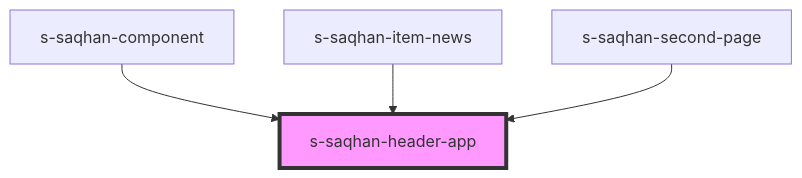
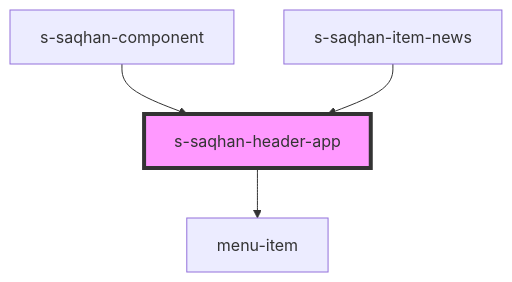
One commit to saqhan/stencil changed the diagram in src/components/res/view/s-saqhan-header-app/readme.md. Above: the diagram before and after it, drawn with Mermaid. The commit also changed other lines of this file and 84 other files, not shown here.

````diff
--- a/src/components/res/view/s-saqhan-header-app/readme.md
+++ b/src/components/res/view/s-saqhan-header-app/readme.md
@@ -35,7 +38,7 @@
 ```mermaid
 graph TD;
+  s-saqhan-header-app --> menu-item
   s-saqhan-component --> s-saqhan-header-app
   s-saqhan-item-news --> s-saqhan-header-app
-  s-saqhan-second-page --> s-saqhan-header-app
   style s-saqhan-header-app fill:#f9f,stroke:#333,stroke-width:4px
 ```
````
